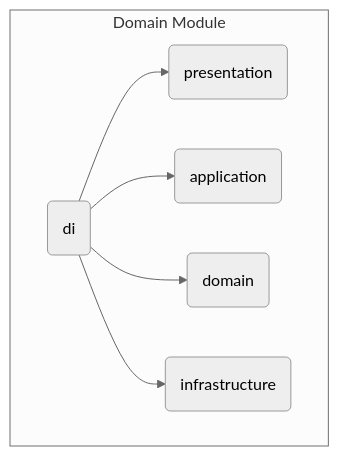
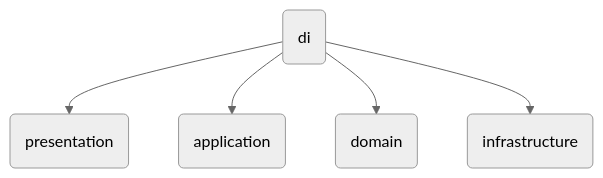
The fourth of 4 diagrams in README.md (Turnin-Dev/turnin-server), drawn with Mermaid (neutral theme) before and after one commit. The commit also changed other lines of this file, not shown here.

````diff
--- a/README.md
+++ b/README.md
@@ -157,9 +173,7 @@
 ```mermaid
 flowchart TD
-    subgraph Domain Module
-        di(di) --> p(presentation)
-        di --> a(application)
-        di --> do(domain)
-        di --> i(infrastructure)
-    end
+    di(di) --> p(presentation)
+    di --> a(application)
+    di --> do(domain)
+    di --> i(infrastructure)
 ```
````
